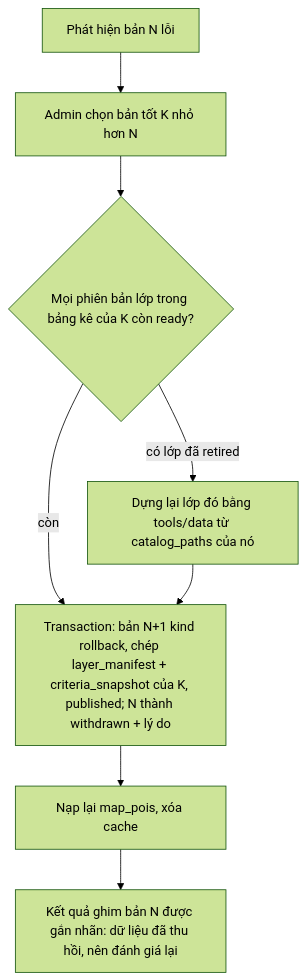
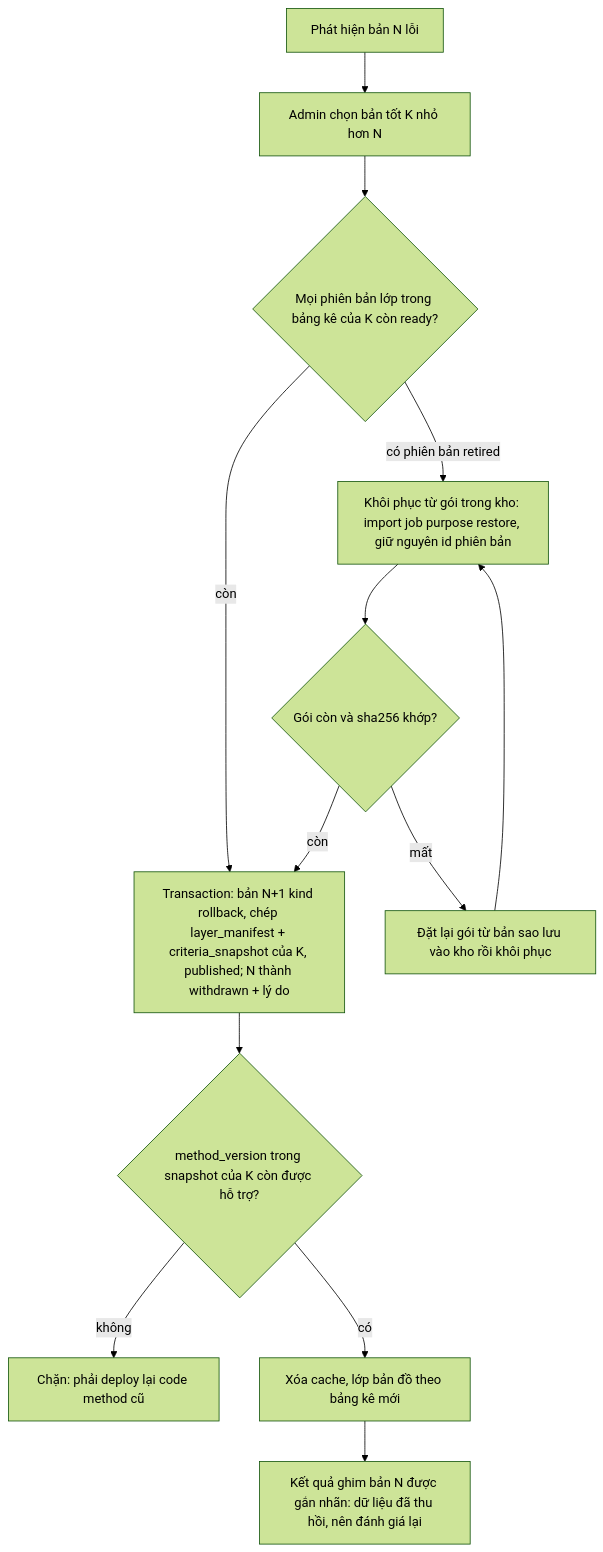
The diagram in workspace/features/018-location-data/diagrams/flow-rollback.mmd (LoDtus/location-insight), drawn with Mermaid (forest theme) before and after one commit. The commit also changed 18 other files, not shown here.

First line of the commit message:
docs(018-location-data): một đường ghi qua gói chuẩn tải lên /admin/datasets, kho gói theo phiên bản, bổ sung tiêu chí và chấm điểm

```diff
--- a/workspace/features/018-location-data/diagrams/flow-rollback.mmd
+++ b/workspace/features/018-location-data/diagrams/flow-rollback.mmd
@@ -1,8 +1,14 @@
 %% Thu hồi bằng cách tiến tới, không sửa lịch sử.
 flowchart TD
   A[Phát hiện bản N lỗi] --> B[Admin chọn bản tốt K nhỏ hơn N]
   B --> C{Mọi phiên bản lớp trong bảng kê của K còn ready?}
   C -->|còn| D[Transaction: bản N+1 kind rollback, chép layer_manifest + criteria_snapshot của K, published; N thành withdrawn + lý do]
-  C -->|có lớp đã retired| E[Dựng lại lớp đó bằng tools/data từ catalog_paths của nó] --> D
-  D --> F[Nạp lại map_pois, xóa cache]
+  C -->|có phiên bản retired| E[Khôi phục từ gói trong kho: import job purpose restore, giữ nguyên id phiên bản]
+  E --> E2{Gói còn và sha256 khớp?}
+  E2 -->|còn| D
+  E2 -->|mất| E3[Đặt lại gói từ bản sao lưu vào kho rồi khôi phục]
+  E3 --> E
+  D --> D2{method_version trong snapshot của K còn được hỗ trợ?}
+  D2 -->|không| X[Chặn: phải deploy lại code method cũ]
+  D2 -->|có| F[Xóa cache, lớp bản đồ theo bảng kê mới]
   F --> G[Kết quả ghim bản N được gắn nhãn: dữ liệu đã thu hồi, nên đánh giá lại]
```
